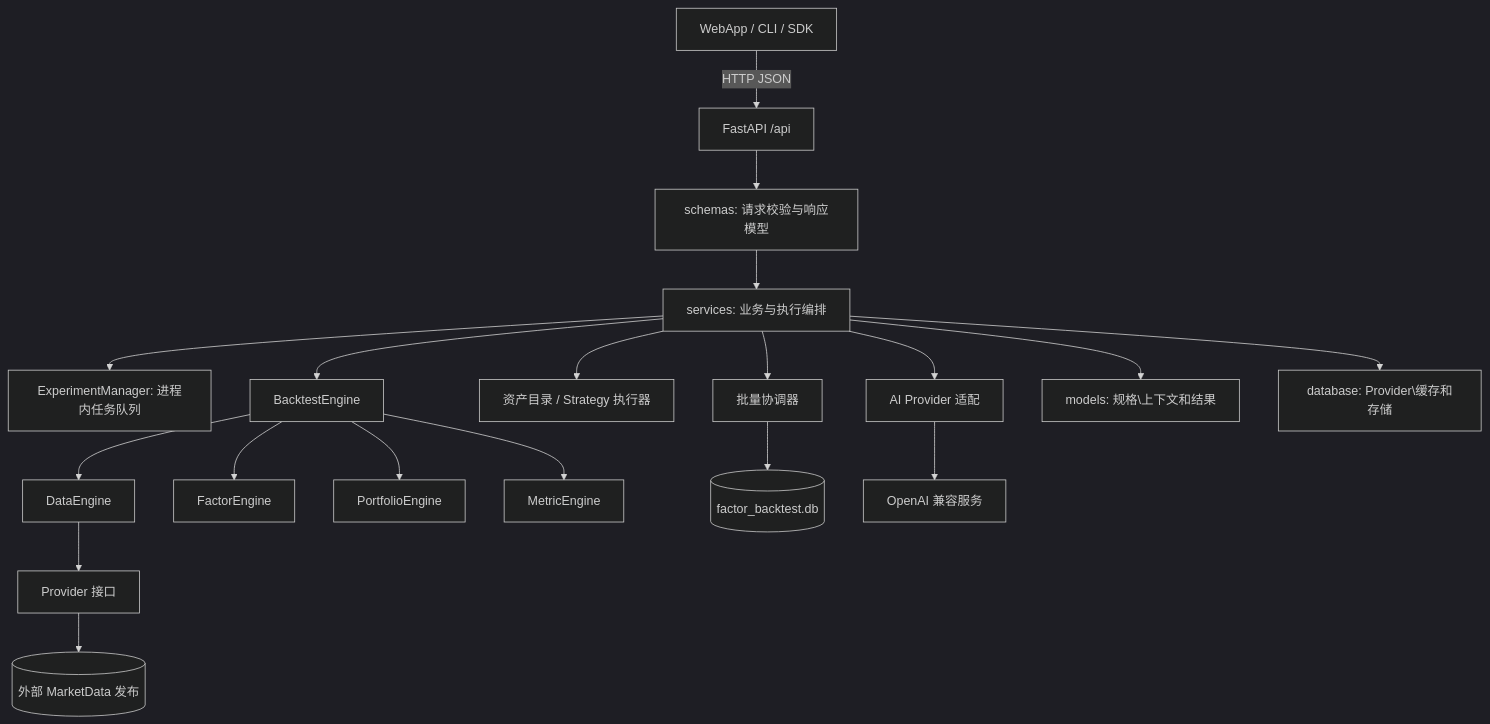
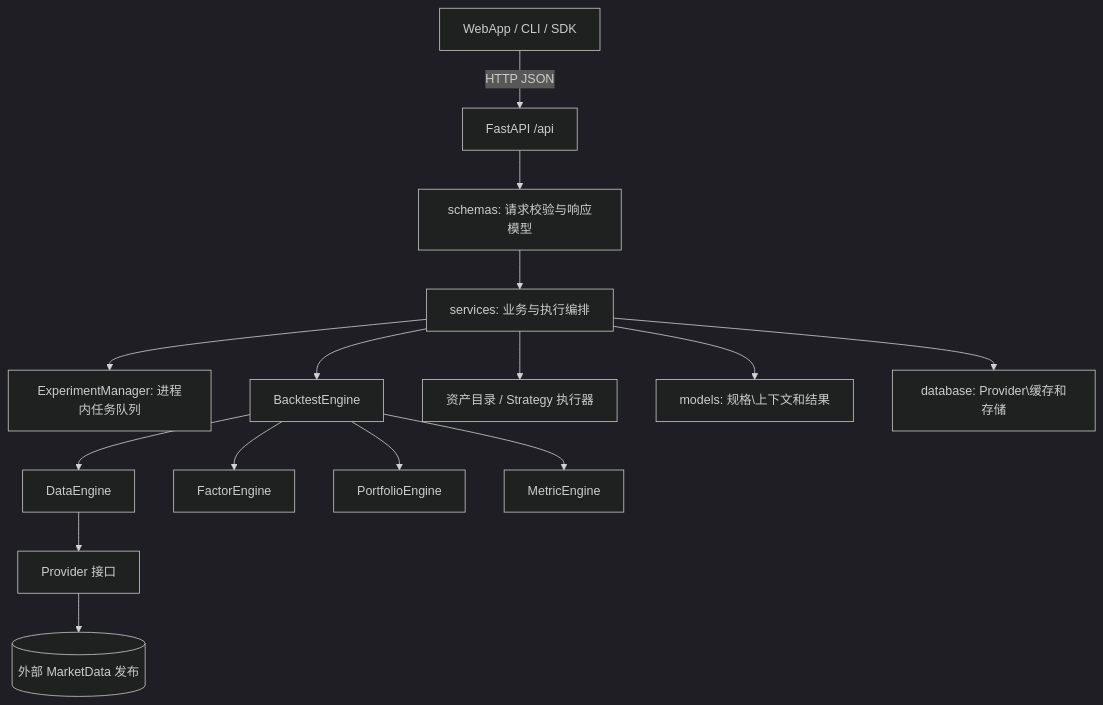
Before and after one commit to dushilieerem/221: the first of 2 diagrams in docs/架构与技术/系统架构.md, drawn with Mermaid (dark theme). The commit also changed other lines of this file and 22 other files, not shown here.

````diff
--- a/docs/架构与技术/系统架构.md
+++ b/docs/架构与技术/系统架构.md
@@ -80,21 +77,17 @@
 ```mermaid
 flowchart TD
     C[WebApp / CLI / SDK] -->|HTTP JSON| A[FastAPI /api]
     A --> S[schemas: 请求校验与响应模型]
     S --> E[services: 业务与执行编排]
     E --> M[ExperimentManager: 进程内任务队列]
     E --> B[BacktestEngine]
     B --> D[DataEngine]
     B --> F[FactorEngine]
     B --> P[PortfolioEngine]
     B --> MM[MetricEngine]
     D --> PR[Provider 接口]
     PR --> MD[(外部 MarketData 发布)]
     E --> CAT[资产目录 / Strategy 执行器]
-    E --> BT[批量协调器]
-    BT --> FS[(factor_backtest.db)]
-    E --> LLM[AI Provider 适配]
-    LLM --> EXT[OpenAI 兼容服务]
     E --> MODELS[models: 规格\上下文和结果]
     E --> DB[database: Provider\缓存和存储]
 ```
````
